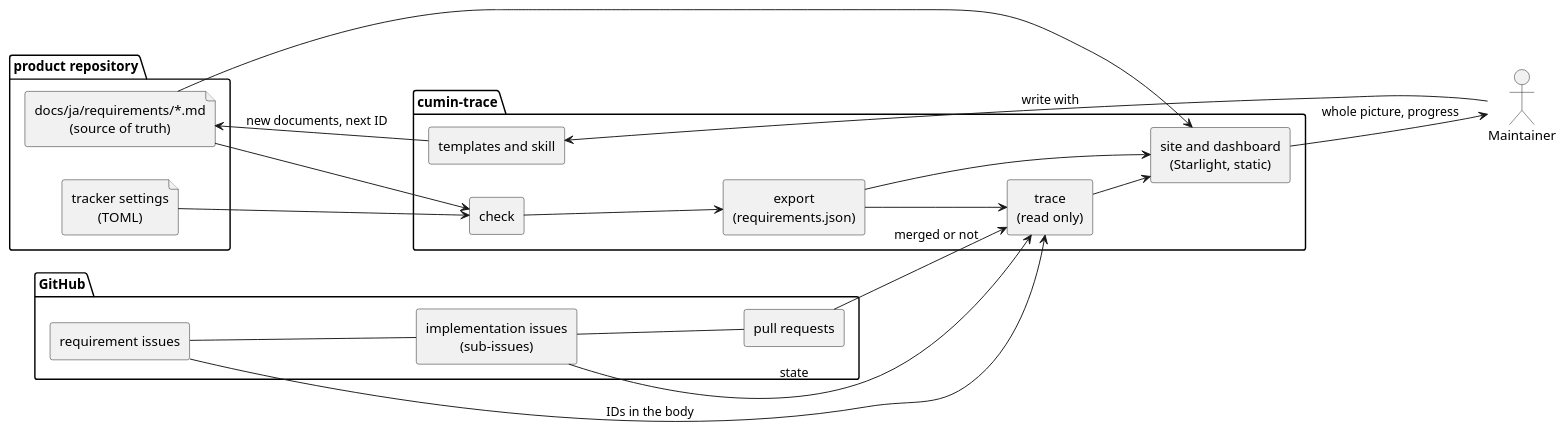
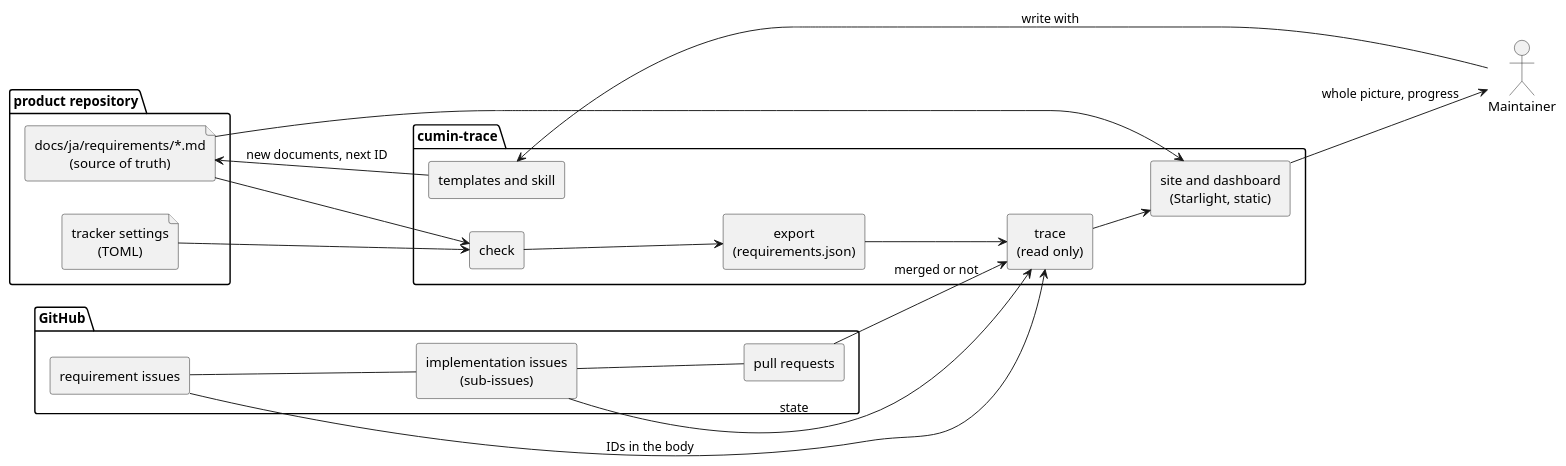
One commit to cloveclovedev/cumin-trace changed the diagram in docs/ja/requirements/overview.puml. Above: the diagram before and after it, drawn with PlantUML. The commit also changed 4 other files, not shown here.

First line of the commit message:
docs(requirements): build the site from the documents and the diagrams only (#86)

```diff
--- a/docs/ja/requirements/overview.puml
+++ b/docs/ja/requirements/overview.puml
@@ -1,43 +1,42 @@
 @startuml overview
 left to right direction
 skinparam shadowing false
 skinparam defaultTextAlignment center
 
 actor Maintainer
 
 package "product repository" {
   file "docs/ja/requirements/*.md\n(source of truth)" as docs
   file "tracker settings\n(TOML)" as settings
 }
 
 package "GitHub" {
   rectangle "requirement issues" as req
   rectangle "implementation issues\n(sub-issues)" as impl
   rectangle "pull requests" as pr
 }
 
 package "cumin-trace" {
   rectangle "templates and skill" as tpl
   rectangle "check" as check
   rectangle "export\n(requirements.json)" as export
   rectangle "trace\n(read only)" as trace
   rectangle "site and dashboard\n(Starlight, static)" as site
 }
 
 Maintainer --> tpl : write with
 tpl --> docs : new documents, next ID
 docs --> check
 settings --> check
 check --> export
 export --> trace
 req --> trace : IDs in the body
 impl --> trace : state
 pr --> trace : merged or not
 req -- impl
 impl -- pr
-export --> site
 trace --> site
 docs --> site
 site --> Maintainer : whole picture, progress
 
 @enduml
```
